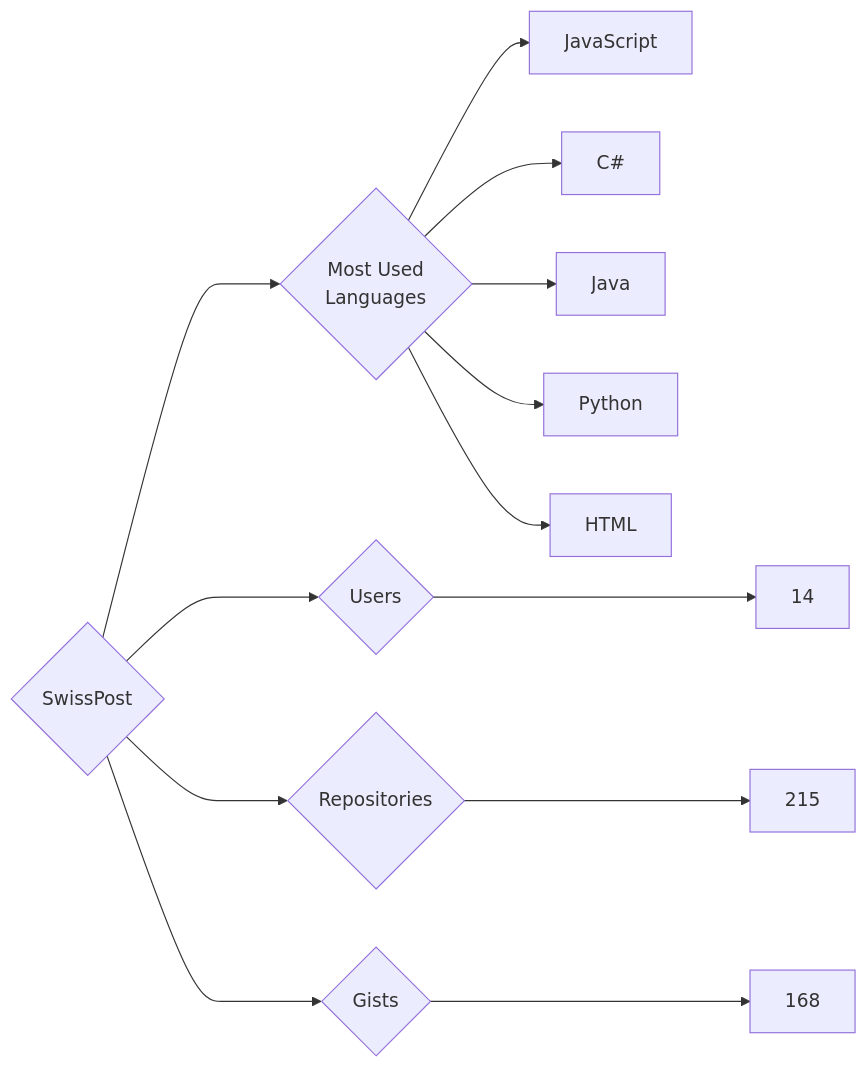
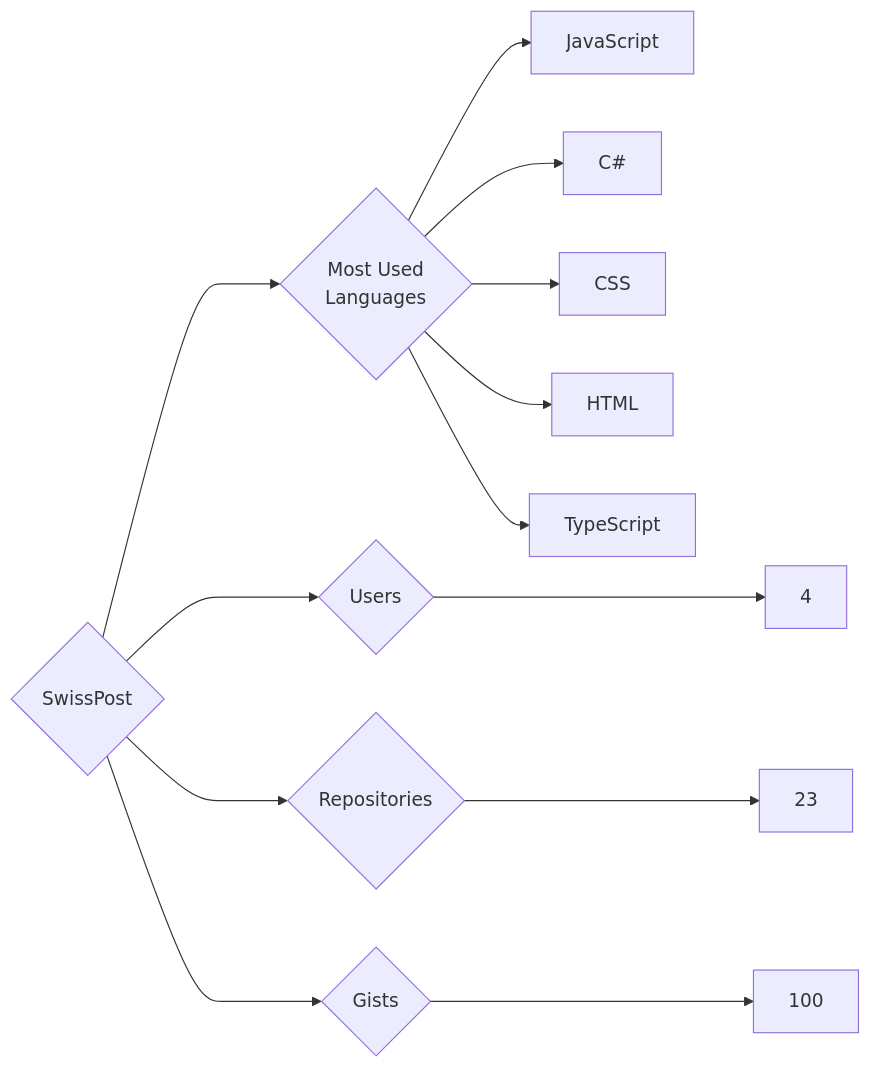
One commit to trickest/insiders changed the diagram in targets/SwissPost/README.md. Above: the diagram before and after it, drawn with Mermaid. The commit also changed 815 other files, not shown here.

````diff
--- a/targets/SwissPost/README.md
+++ b/targets/SwissPost/README.md
@@ -3,13 +3,13 @@
 ```mermaid
 graph LR
 COMPANY_NAME{SwissPost}
-COMPANY_NAME ---> U{Users} ---> UN[14]
-COMPANY_NAME ---> R{Repositories} ---> RN[215]
-COMPANY_NAME ---> G{Gists} ---> GN[168]
+COMPANY_NAME ---> U{Users} ---> UN[4]
+COMPANY_NAME ---> R{Repositories} ---> RN[23]
+COMPANY_NAME ---> G{Gists} ---> GN[100]
 COMPANY_NAME ---> ML{Most Used<br>Languages}
 ML --> JavaScript[JavaScript]
 ML --> C#[C#]
-ML --> Java[Java]
-ML --> Python[Python]
+ML --> CSS[CSS]
 ML --> HTML[HTML]
+ML --> TypeScript[TypeScript]
 ```
````
